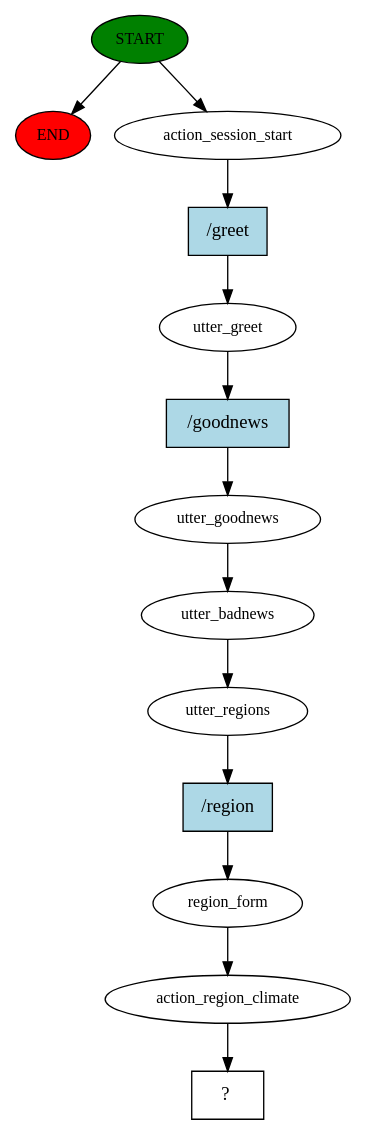
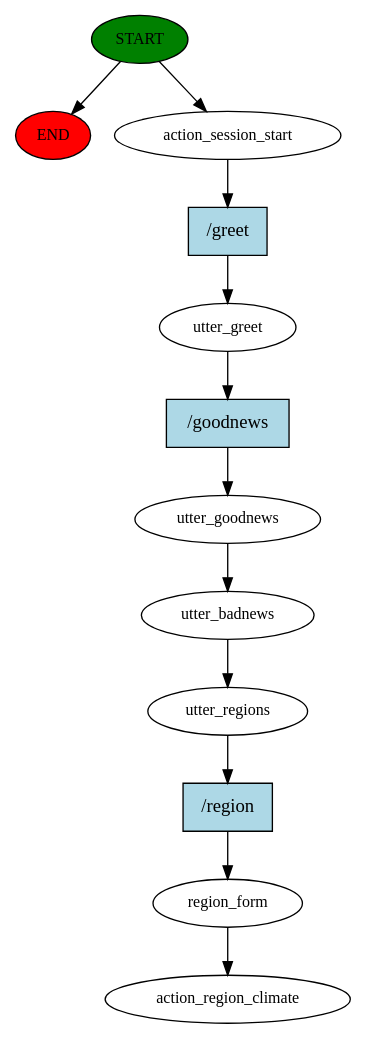
One commit to CLozy/anga changed the diagram in story_graph.dot. Above: the diagram before and after it, drawn with Graphviz. The commit also changed 4 other files, not shown here.

```diff
--- a/story_graph.dot
+++ b/story_graph.dot
@@ -1,27 +1,25 @@
 digraph  {
 0 [class="start active", fillcolor=green, fontsize=12, label=START, style=filled];
 "-1" [class=end, fillcolor=red, fontsize=12, label=END, style=filled];
 1 [class=active, fontsize=12, label=action_session_start];
 2 [class=active, fontsize=12, label=utter_greet];
 3 [class=active, fontsize=12, label=utter_goodnews];
 4 [class=active, fontsize=12, label=utter_badnews];
 5 [class=active, fontsize=12, label=utter_regions];
 6 [class=active, fontsize=12, label=region_form];
-7 [class=active, fontsize=12, label=action_region_climate];
-8 [class="intent dashed active", label="  ?  ", shape=rect];
-9 [class="intent active", fillcolor=lightblue, label="/greet", shape=rect, style=filled];
-10 [class="intent active", fillcolor=lightblue, label="/goodnews", shape=rect, style=filled];
-11 [class="intent active", fillcolor=lightblue, label="/region", shape=rect, style=filled];
+7 [class="dashed active", fontsize=12, label=action_region_climate];
+8 [class="intent active", fillcolor=lightblue, label="/greet", shape=rect, style=filled];
+9 [class="intent active", fillcolor=lightblue, label="/goodnews", shape=rect, style=filled];
+10 [class="intent active", fillcolor=lightblue, label="/region", shape=rect, style=filled];
 0 -> "-1"  [class="", key=NONE, label=""];
 0 -> 1  [class=active, key=NONE, label=""];
-1 -> 9  [class=active, key=0];
-2 -> 10  [class=active, key=0];
+1 -> 8  [class=active, key=0];
+2 -> 9  [class=active, key=0];
 3 -> 4  [class=active, key=NONE, label=""];
 4 -> 5  [class=active, key=NONE, label=""];
-5 -> 11  [class=active, key=0];
+5 -> 10  [class=active, key=0];
 6 -> 7  [class=active, key=NONE, label=""];
-7 -> 8  [class=active, key=NONE, label=""];
-9 -> 2  [class=active, key=0];
-10 -> 3  [class=active, key=0];
-11 -> 6  [class=active, key=0];
+8 -> 2  [class=active, key=0];
+9 -> 3  [class=active, key=0];
+10 -> 6  [class=active, key=0];
 }
```
